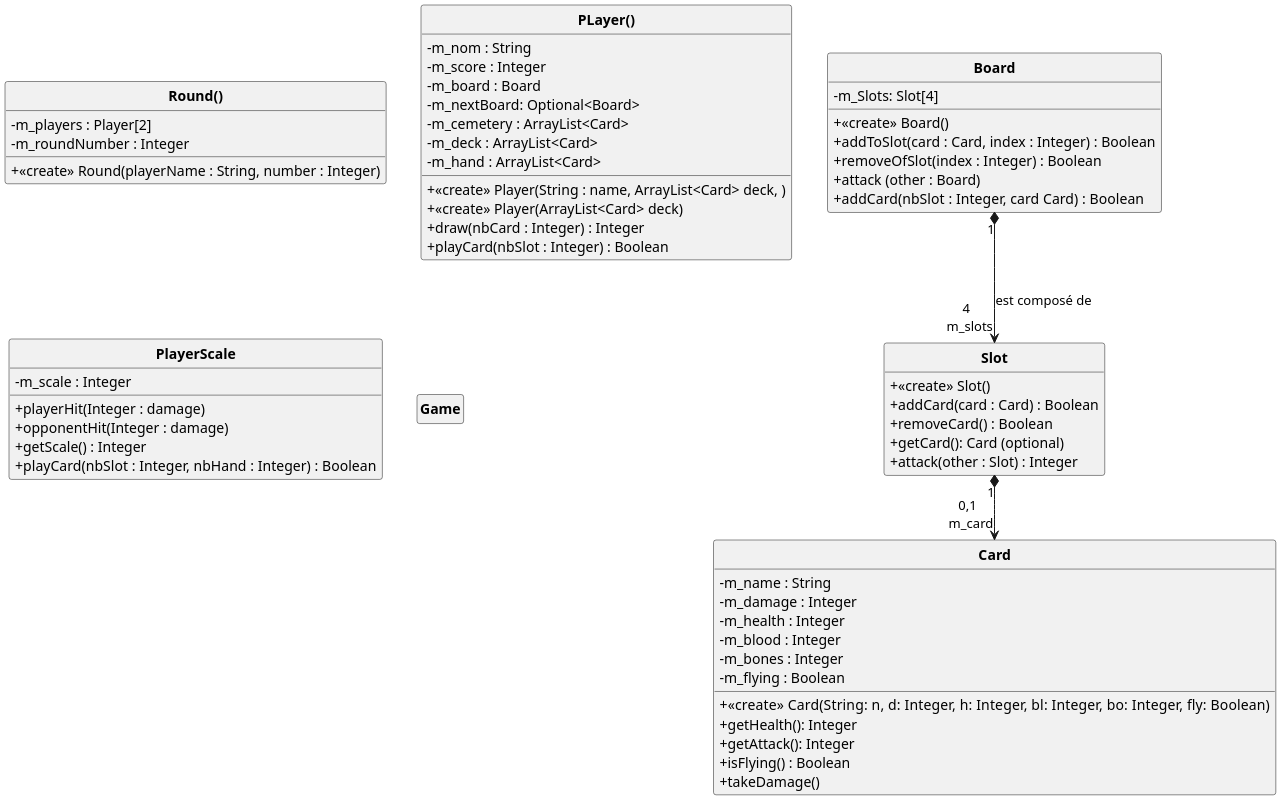
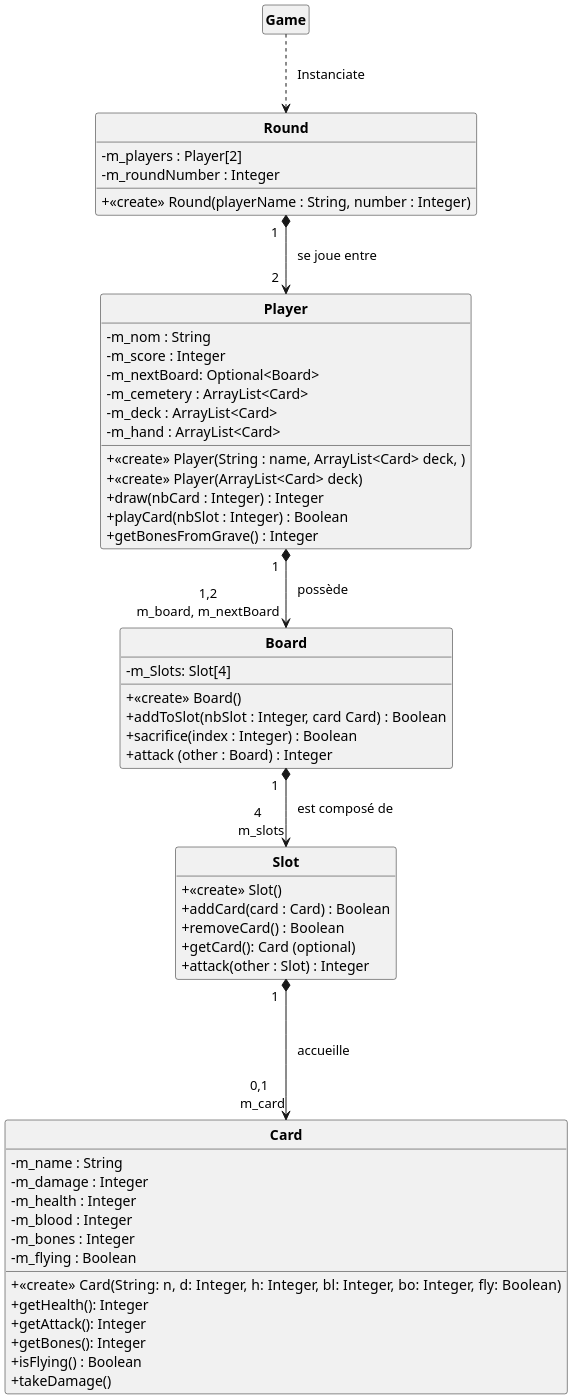
Before and after one commit to Romain-Pampagnin/Asciiption: the diagram in uml/UML.puml, drawn with PlantUML. The commit also changed 4 other files, not shown here.

Commit message:
Added Player.getBonesFromGrave, Card.getBones, modified Round.class and UML.puml

```diff
--- a/uml/UML.puml
+++ b/uml/UML.puml
@@ -1,76 +1,71 @@
 @startuml
 'https://plantuml.com/class-diagram'
 scale 2
 skinparam classAttributeIconSize 0
 skinparam classFontStyle Bold
 skinparam style strictuml
 hide empty members
 
 
-Board "1"*-->"4 \n m_slots" Slot : est composé de
-Slot "1"*--> "0,1 \n m_card"Card
+Board "1  "*-->"4 \n m_slots" Slot : "   est composé de"
+Slot "1  "*---> "0,1 \n m_card"Card : "   accueille"
+Game ..> Round : "   Instanciate"
+Round "1  " *--> "2  " Player : "   se joue entre"
+Player "1  " *--> "1,2\nm_board, m_nextBoard" Board : "   possède"
 
-class Round(){
+class Round{
 -m_players : Player[2]
 -m_roundNumber : Integer
 +<<create>> Round(playerName : String, number : Integer)
 }
 
-class PLayer(){
+class Player{
 -m_nom : String
 -m_score : Integer
--m_board : Board
 -m_nextBoard: Optional<Board>
 -m_cemetery : ArrayList<Card>
 -m_deck : ArrayList<Card>
 -m_hand : ArrayList<Card>
 +<<create>> Player(String : name, ArrayList<Card> deck, )
 +<<create>> Player(ArrayList<Card> deck)
 +draw(nbCard : Integer) : Integer
 +playCard(nbSlot : Integer) : Boolean
++ getBonesFromGrave() : Integer
 }
 
 class Card {
 -m_name : String
 -m_damage : Integer
 -m_health : Integer
 -m_blood : Integer
 -m_bones : Integer
 -m_flying : Boolean
 + <<create>> Card(String: n, d: Integer, h: Integer,  bl: Integer, bo: Integer, fly: Boolean)
 + getHealth(): Integer
 + getAttack(): Integer
++ getBones(): Integer
 + isFlying() : Boolean
 + takeDamage()
 }
 
 class Slot {
 + <<create>> Slot()
 + addCard(card : Card) : Boolean
 + removeCard() : Boolean
 + getCard(): Card (optional)
 + attack(other : Slot) : Integer
 }
 
 class Board {
 -m_Slots: Slot[4]
 +<<create>> Board()
-+ addToSlot(card : Card, index : Integer) : Boolean
-+ removeOfSlot(index : Integer) : Boolean
-+ attack (other : Board)
++ addToSlot(nbSlot : Integer, card Card) : Boolean
++ sacrifice(index : Integer) : Boolean
++ attack (other : Board) : Integer
 /'+ isSlotFree(nbSlot : Integer) : Boolean '/
-+ addCard(nbSlot : Integer, card Card) : Boolean
-}
-
-class PlayerScale {
--m_scale : Integer
-+ playerHit(Integer : damage)
-+ opponentHit(Integer : damage)
-+ getScale() : Integer
-+ playCard(nbSlot : Integer, nbHand : Integer) : Boolean
 }
 
 class Game{
 }
 
 @enduml
```
